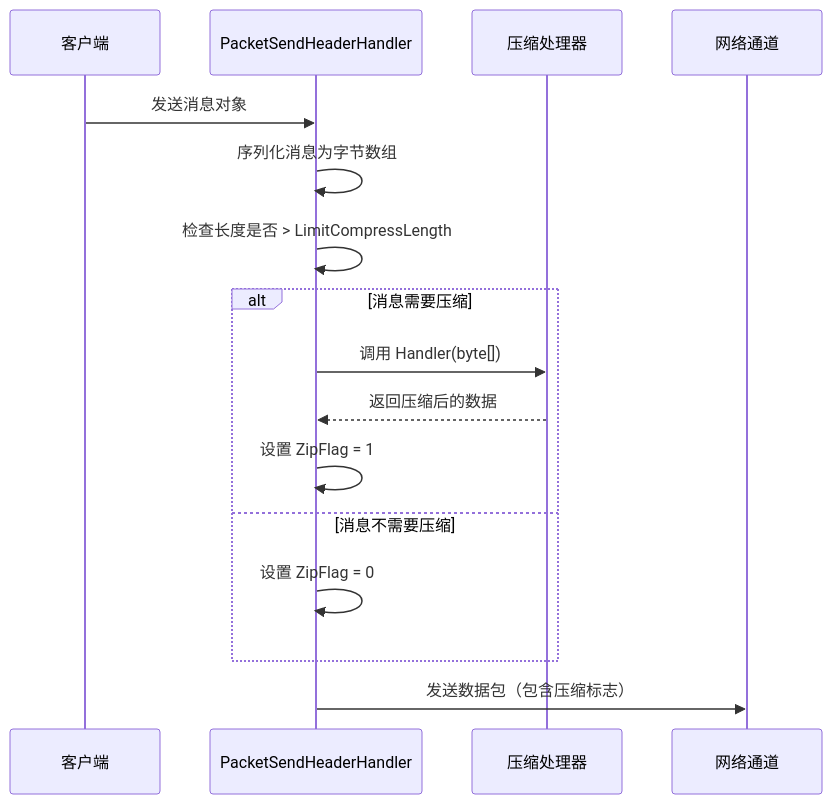
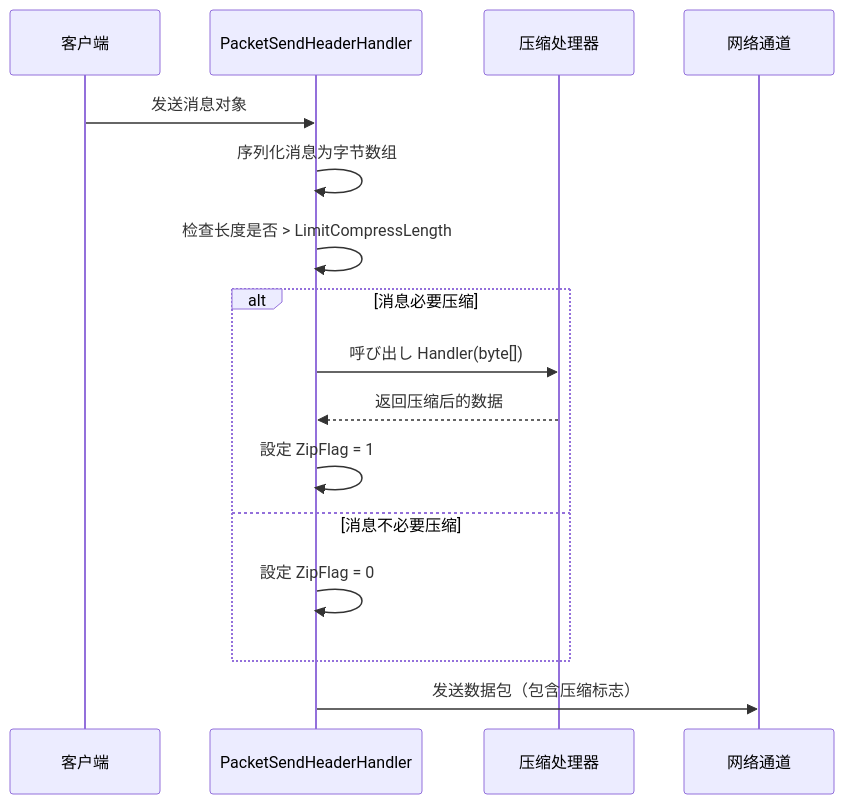
One commit to AlianBlank/GameFrameX.Docs changed the second of 3 diagrams in docs/ja/client/unity/component/network/10.message-compression.md. Above: the diagram before and after it, drawn with Mermaid. The commit also changed other lines of this file and 603 other files, not shown here.

````diff
--- a/docs/ja/client/unity/component/network/10.message-compression.md
+++ b/docs/ja/client/unity/component/network/10.message-compression.md
@@ -131,21 +131,21 @@
 ```mermaid
 sequenceDiagram
     participant Client as 客户端
     participant SendHeader as PacketSendHeaderHandler
     participant Compress as 压缩处理器
     participant Network as 网络通道
 
     Client->>SendHeader: 发送消息对象
     SendHeader->>SendHeader: 序列化消息为字节数组
     SendHeader->>SendHeader: 检查长度是否 > LimitCompressLength
     
-    alt 消息需要压缩
-        SendHeader->>Compress: 调用 Handler(byte[])
+    alt 消息必要压缩
+        SendHeader->>Compress: 呼び出し Handler(byte[])
         Compress-->>SendHeader: 返回压缩后的数据
-        SendHeader->>SendHeader: 设置 ZipFlag = 1
-    else 消息不需要压缩
-        SendHeader->>SendHeader: 设置 ZipFlag = 0
+        SendHeader->>SendHeader: 設定 ZipFlag = 1
+    else 消息不必要压缩
+        SendHeader->>SendHeader: 設定 ZipFlag = 0
     end
     
     SendHeader->>Network: 发送数据包（包含压缩标志）
 ```
````
